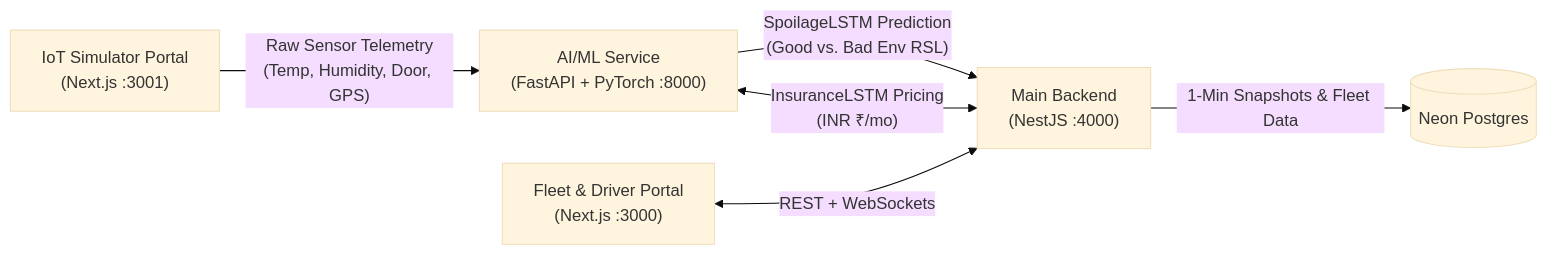
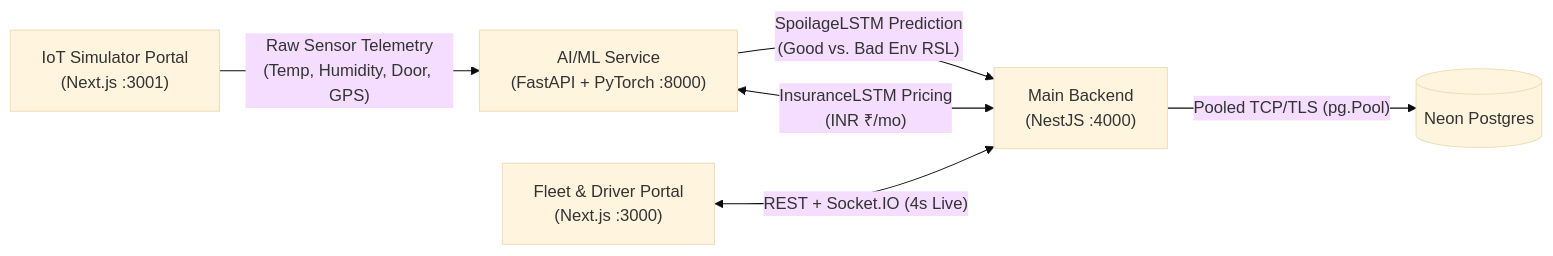
The diagram in README.md (himanshugoyal2582003/dynamicCold-chain), drawn with Mermaid (base theme) before and after one commit. The commit also changed other lines of this file and 1 other file, not shown here.

````diff
--- a/README.md
+++ b/README.md
@@ -9,8 +9,8 @@
 ```mermaid
 flowchart LR
     IOT["IoT Simulator Portal\n(Next.js :3001)"] -->|"Raw Sensor Telemetry\n(Temp, Humidity, Door, GPS)"| AIML["AI/ML Service\n(FastAPI + PyTorch :8000)"]
     AIML -->|"SpoilageLSTM Prediction\n(Good vs. Bad Env RSL)"| BE["Main Backend\n(NestJS :4000)"]
     BE <-->|"InsuranceLSTM Pricing\n(INR ₹/mo)"| AIML
-    BE -->|"1-Min Snapshots & Fleet Data"| DB[("Neon Postgres")]
-    FE["Fleet & Driver Portal\n(Next.js :3000)"] <-->|"REST + WebSockets"| BE
+    BE -->|"Pooled TCP/TLS (pg.Pool)"| DB[("Neon Postgres")]
+    FE["Fleet & Driver Portal\n(Next.js :3000)"] <-->|"REST + Socket.IO (4s Live)"| BE
 ```
````
